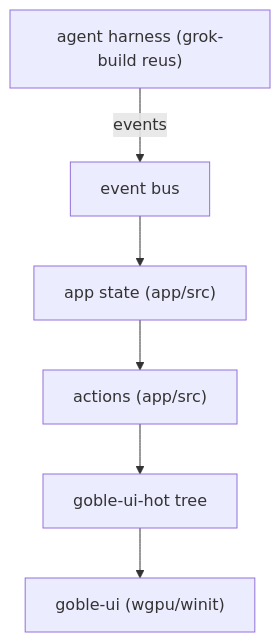
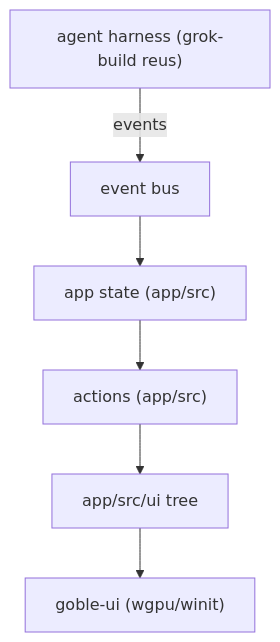
The diagram in .agents/06-renderer/README.md (AdrianTuci1/goble), drawn with Mermaid before and after one commit. The commit also changed other lines of this file and 45 other files, not shown here.

First line of the commit message:
refactor(app): align the native shell with warp-new's thick-app model

````diff
--- a/.agents/06-renderer/README.md
+++ b/.agents/06-renderer/README.md
@@ -11,8 +11,8 @@
 ```mermaid
 flowchart TD
   harness["agent harness (grok-build reus)"] -->|"events"| bus["event bus"]
   bus --> state["app state (app/src)"]
   state --> actions["actions (app/src)"]
-  actions --> shell["goble-ui-hot tree"]
+  actions --> shell["app/src/ui tree"]
   shell --> gobleui["goble-ui (wgpu/winit)"]
 ```
````
